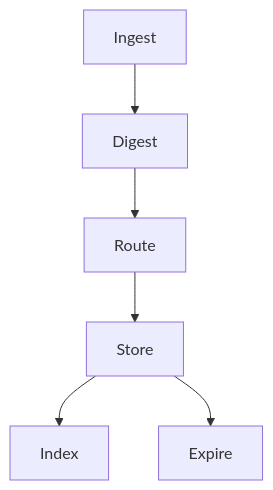
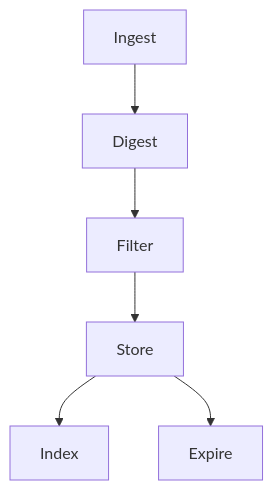
One commit to kluzzebass/gastrolog changed the diagram in frontend/src/help/general-concepts.md. Above: the diagram before and after it, drawn with Mermaid. The commit also changed other lines of this file and 13 other files, not shown here.

````diff
--- a/frontend/src/help/general-concepts.md
+++ b/frontend/src/help/general-concepts.md
@@ -46,8 +46,8 @@
 ```mermaid
 flowchart TD
     A[Ingest] --> B[Digest]
-    B --> C[Route]
+    B --> C[Filter]
     C --> D[Store]
     D --> E[Index]
     D --> F[Expire]
 ```
````
